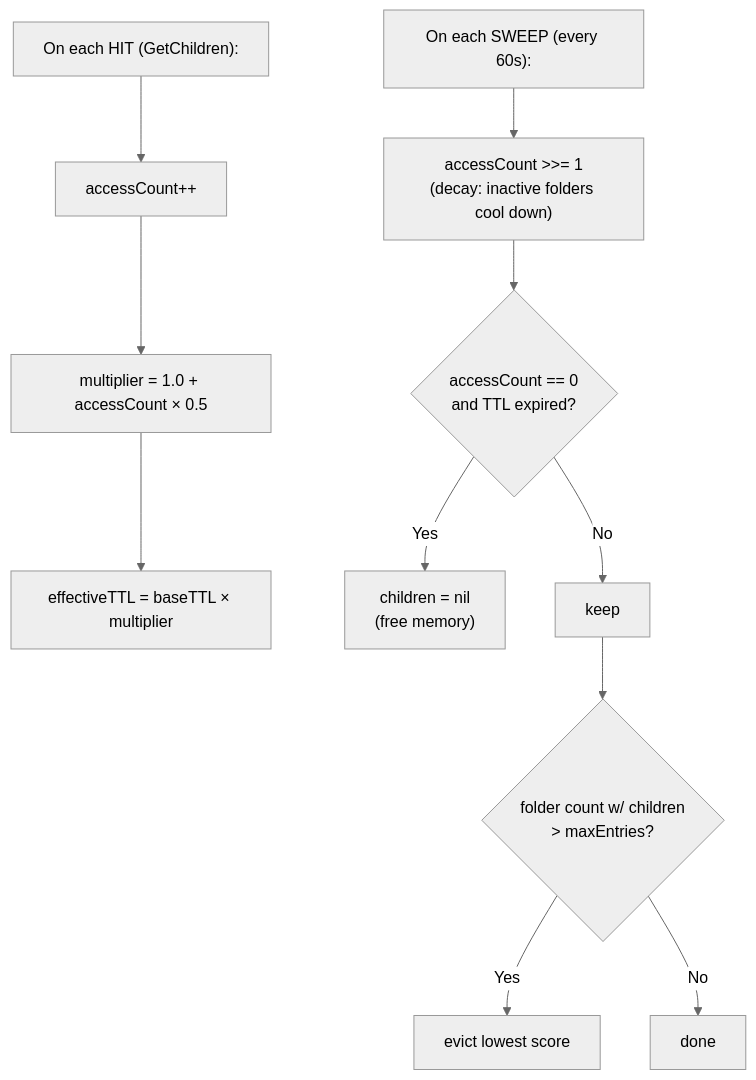
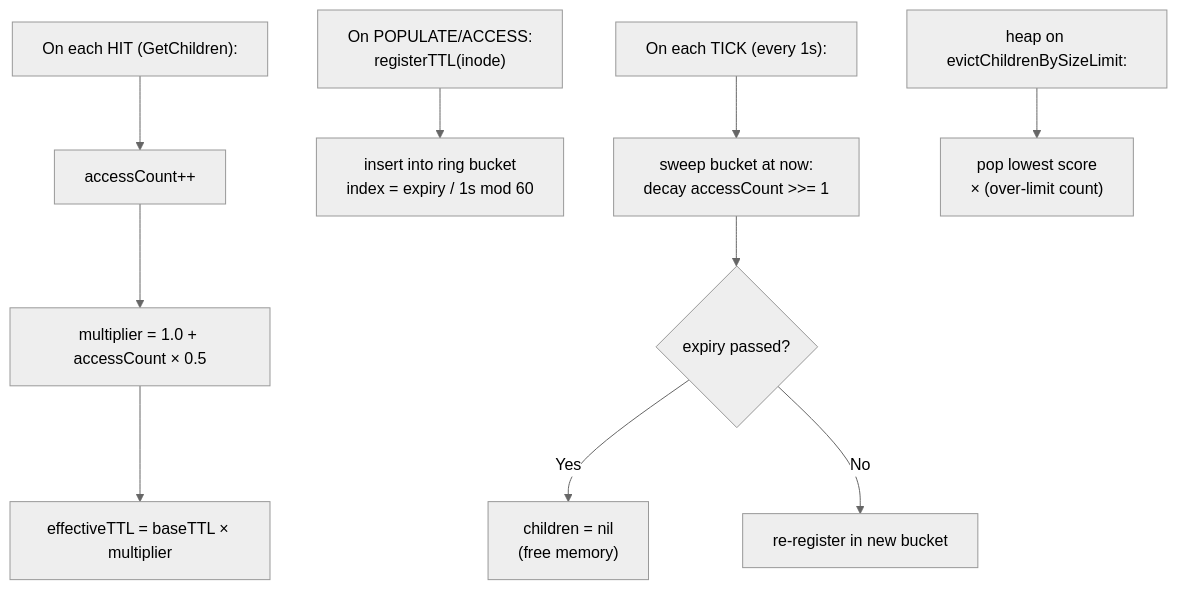
One commit to FROSADO/onecloudriver changed the third of 5 diagrams in docs/ARCHITECTURE.md. Above: the diagram before and after it, drawn with Mermaid (neutral theme). The commit also changed other lines of this file and 41 other files, not shown here.

First line of the commit message:
perf(fs): time-bucketed TTL sweep + size-eviction heap (Closes #66) (#139)

````diff
--- a/docs/ARCHITECTURE.md
+++ b/docs/ARCHITECTURE.md
@@ -94,14 +94,15 @@
 ```mermaid
 flowchart TD
     HIT["On each HIT (GetChildren):"] --> AC["accessCount++"]
     AC --> MUL["multiplier = 1.0 + accessCount × 0.5"]
     MUL --> EFF["effectiveTTL = baseTTL × multiplier"]
 
-    SWEEP["On each SWEEP (every 60s):"] --> DECAY["accessCount >>= 1<br/>(decay: inactive folders cool down)"]
-    DECAY --> CHECK{"accessCount == 0<br/>and TTL expired?"}
-    CHECK -->|Yes| FREE["children = nil<br/>(free memory)"]
-    CHECK -->|No| KEEP["keep"]
-    KEEP --> LIMIT{"folder count w/ children<br/>> maxEntries?"}
-    LIMIT -->|Yes| EVICT["evict lowest score"]
-    LIMIT -->|No| DONE["done"]
+    REG["On POPULATE/ACCESS:<br/>registerTTL(inode)"] --> BUCKET["insert into ring bucket<br/>index = expiry / 1s mod 60"]
+
+    TICK["On each TICK (every 1s):"] --> SWEEP["sweep bucket at now:<br/>decay accessCount >>= 1"]
+    SWEEP --> FRESH{"expiry passed?"}
+    FRESH -->|Yes| FREE["children = nil<br/>(free memory)"]
+    FRESH -->|No| REKEY["re-register in new bucket"]
+
+    SIZE["heap on evictChildrenBySizeLimit:"] --> POP["pop lowest score<br/>× (over-limit count)"]
 ```
````
